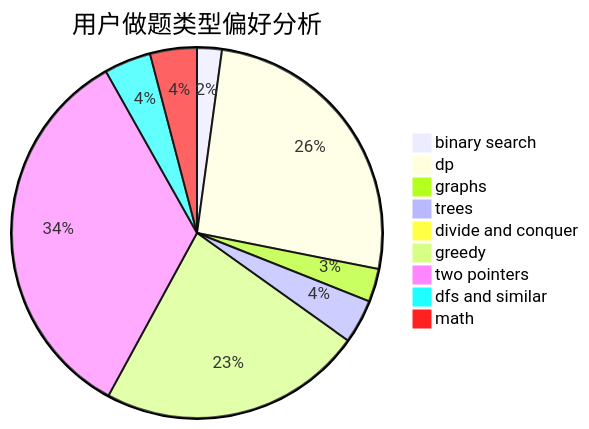
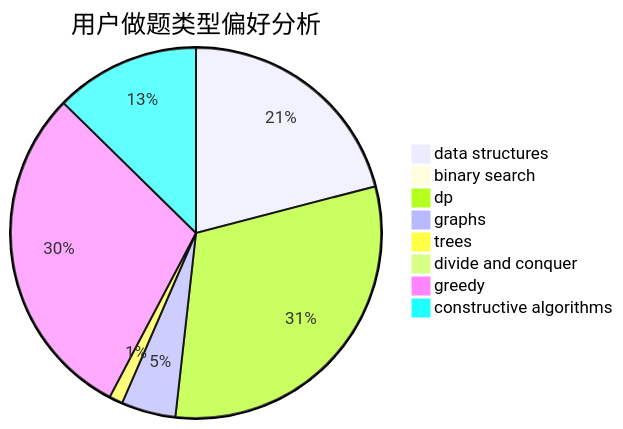
The second of 3 diagrams in docs/user/u1175.md (sherpahu/cfrs.github.io), drawn with Mermaid before and after one commit. The commit also changed other lines of this file and 2775 other files, not shown here.

````diff
--- a/docs/user/u1175.md
+++ b/docs/user/u1175.md
@@ -23,12 +23,11 @@
 ```mermaid
 pie title 用户做题类型偏好分析
-    "binary search" :  9
-    "dp" :  108
+    "data structures" :  53
+    "binary search" :  0
+    "dp" :  78
     "graphs" :  12
-    "trees" :  16
+    "trees" :  3
     "divide and conquer" :  0
-    "greedy" :  96
-    "two pointers" :  141
-    "dfs and similar" :  17
-    "math" :  17
+    "greedy" :  75
+    "constructive algorithms" :  32
 ```
````
